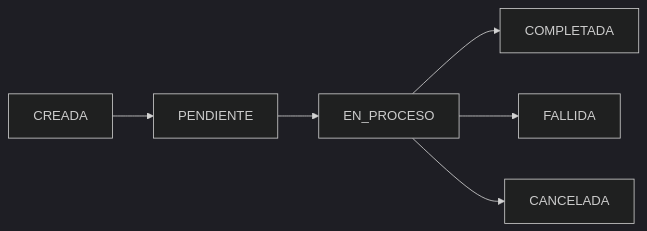
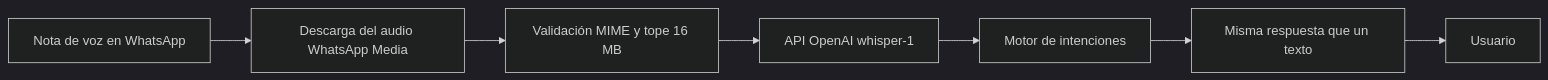
The sixth of 6 diagrams in README.md (SendaLabs/Senda.App), drawn with Mermaid (dark theme) before and after one commit. The commit also changed other lines of this file, not shown here.

````diff
--- a/README.md
+++ b/README.md
@@ -91,8 +230,9 @@
 ```mermaid
 flowchart LR
-  A["CREADA"] --> B["PENDIENTE"]
-  B --> C["EN_PROCESO"]
-  C --> D["COMPLETADA"]
-  C --> E["FALLIDA"]
-  C --> F["CANCELADA"]
+    V["Nota de voz en WhatsApp"] --> D["Descarga del audio WhatsApp Media"]
+    D --> L["Validación MIME y tope 16 MB"]
+    L --> T["API OpenAI whisper-1"]
+    T --> I["Motor de intenciones"]
+    I --> R["Misma respuesta que un texto"]
+    R --> U["Usuario"]
 ```
````
